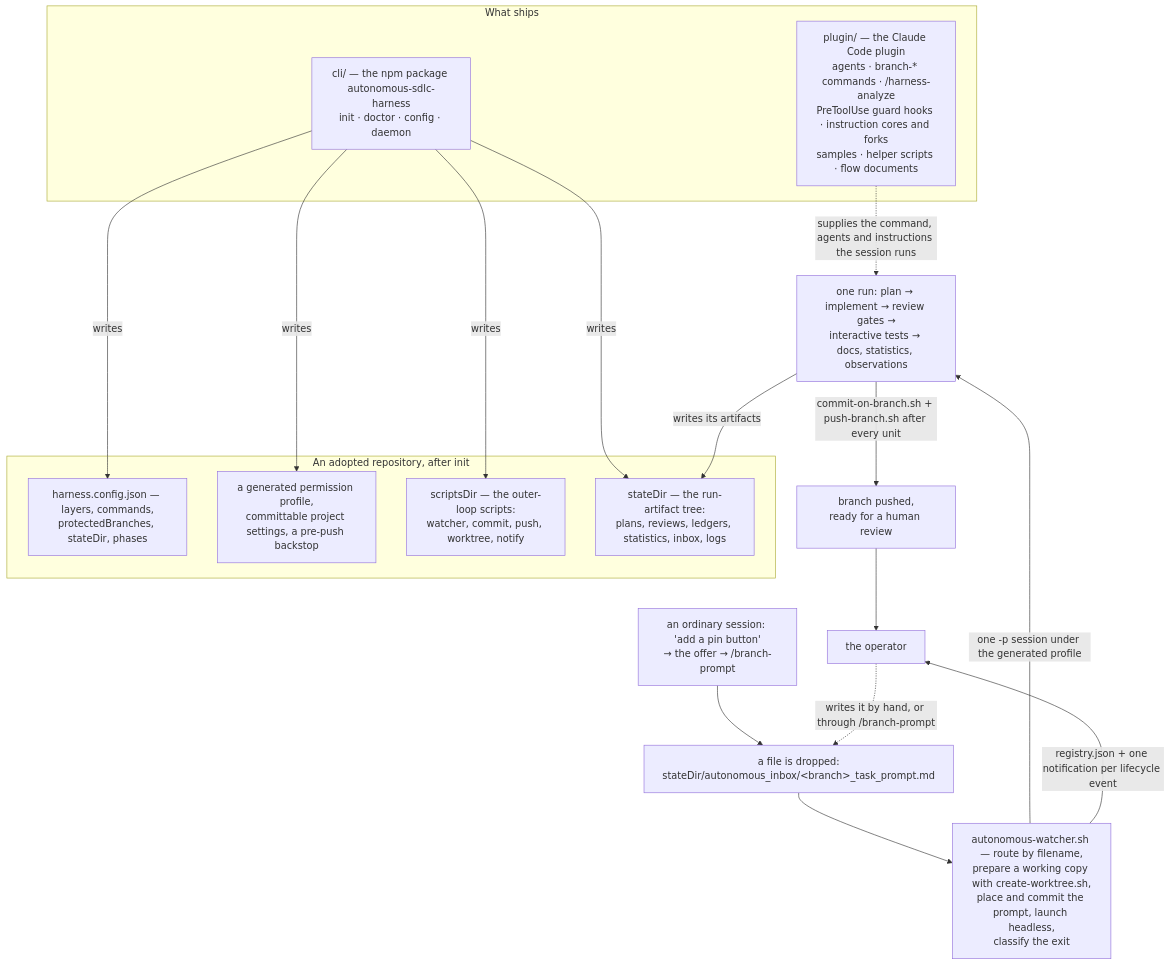
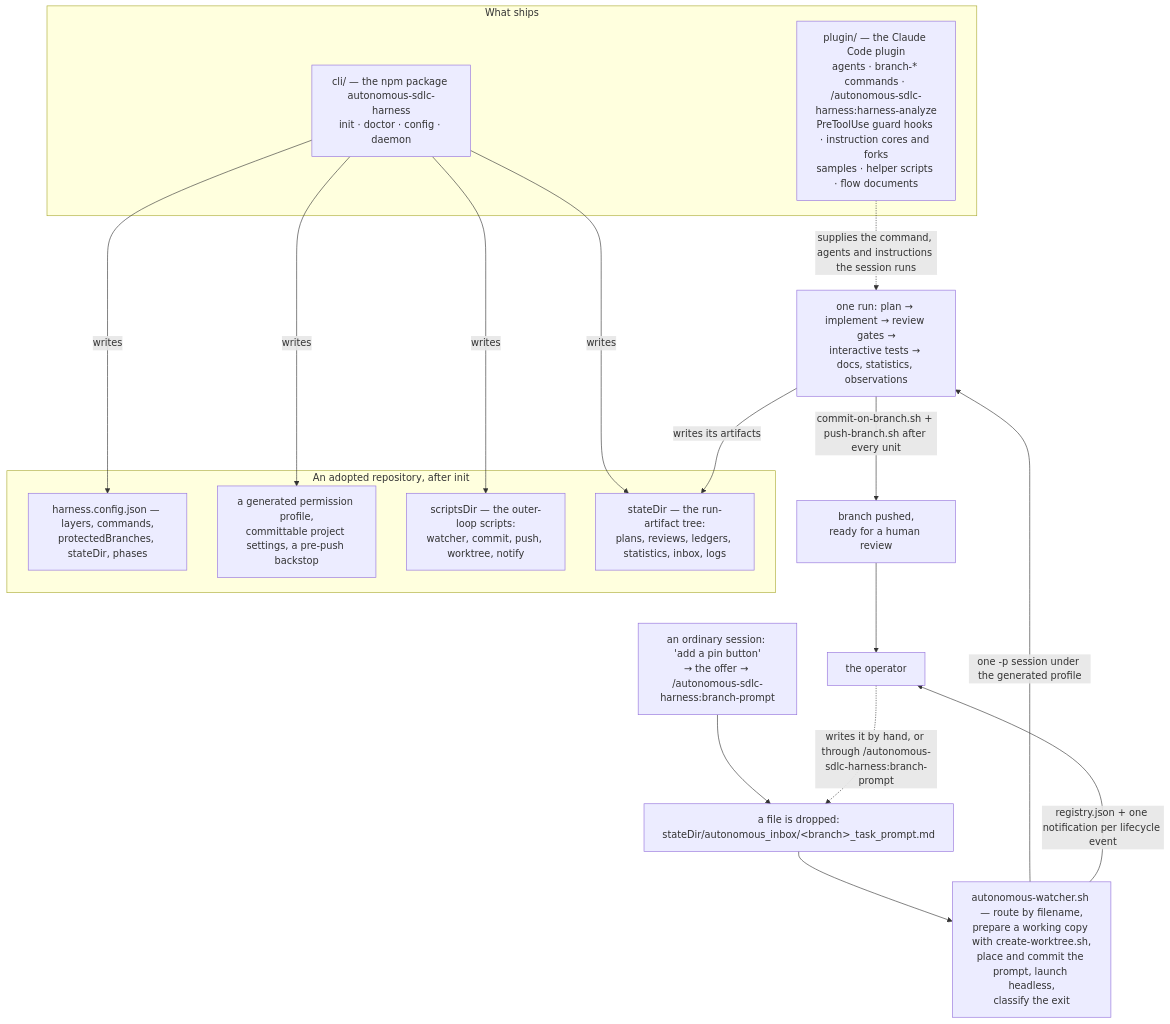
Before and after one commit to firu-daniel/autonomous-sdlc-harness: the diagram in README.md, drawn with Mermaid. The commit also changed other lines of this file and 70 other files, not shown here.

````diff
--- a/README.md
+++ b/README.md
@@ -51,28 +50,28 @@
 ```mermaid
 flowchart TB
   subgraph ship["What ships"]
-    P["plugin/ — the Claude Code plugin<br/>agents · branch-* commands · /harness-analyze<br/>PreToolUse guard hooks · instruction cores and forks<br/>samples · helper scripts · flow documents"]
+    P["plugin/ — the Claude Code plugin<br/>agents · branch-* commands · /autonomous-sdlc-harness:harness-analyze<br/>PreToolUse guard hooks · instruction cores and forks<br/>samples · helper scripts · flow documents"]
     C["cli/ — the npm package autonomous-sdlc-harness<br/>init · doctor · config · daemon"]
   end
   subgraph repo["An adopted repository, after init"]
     CFG["harness.config.json — layers, commands,<br/>protectedBranches, stateDir, phases"]
     PROF["a generated permission profile,<br/>committable project settings, a pre-push backstop"]
     SCR["scriptsDir — the outer-loop scripts:<br/>watcher, commit, push, worktree, notify"]
     ST["stateDir — the run-artifact tree:<br/>plans, reviews, ledgers, statistics, inbox, logs"]
   end
   C -->|writes| CFG
   C -->|writes| PROF
   C -->|writes| SCR
   C -->|writes| ST
   D["a file is dropped:<br/>stateDir/autonomous_inbox/&lt;branch&gt;_task_prompt.md"] --> W
-  ASK["an ordinary session: 'add a pin button'<br/>→ the offer → /branch-prompt"] --> D
-  N -.->|"writes it by hand, or through /branch-prompt"| D
+  ASK["an ordinary session: 'add a pin button'<br/>→ the offer → /autonomous-sdlc-harness:branch-prompt"] --> D
+  N -.->|"writes it by hand, or through /autonomous-sdlc-harness:branch-prompt"| D
   W["autonomous-watcher.sh — route by filename,<br/>prepare a working copy with create-worktree.sh,<br/>place and commit the prompt, launch headless,<br/>classify the exit"]
   W -->|"one -p session under the generated profile"| E
   P -.->|"supplies the command, agents and instructions the session runs"| E
   E["one run: plan → implement → review gates →<br/>interactive tests → docs, statistics, observations"]
   E -->|"commit-on-branch.sh + push-branch.sh after every unit"| B["branch pushed,<br/>ready for a human review"]
   E -->|"writes its artifacts"| ST
   W -->|"registry.json + one notification per lifecycle event"| N["the operator"]
   B --> N
 ```
````
